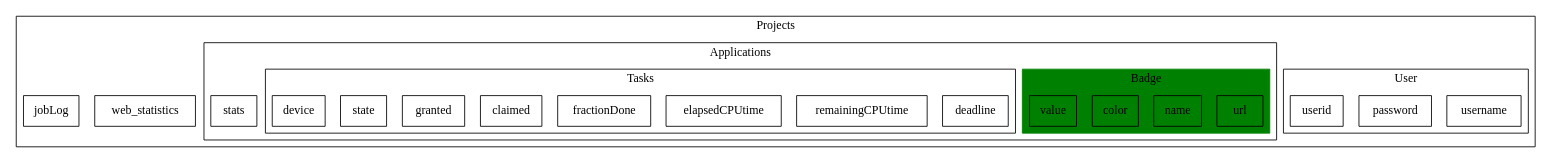
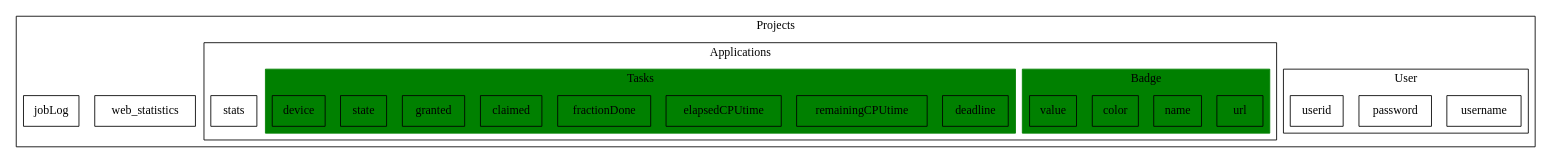
Before and after one commit to obtitus/py-boinc-plotter: the diagram in doc/objectStructure.dot, drawn with Graphviz. The commit also changed 3 other files, not shown here.

```diff
--- a/doc/objectStructure.dot
+++ b/doc/objectStructure.dot
@@ -1,33 +1,33 @@
 digraph G {
 	// 	Projects -> Applications -> Workunits;
 	node [shape=box];
 	subgraph cluster_p {label=Projects;
 		web_statistics;
 		jobLog;
 		subgraph cluster_u {label=User;
 			username;
 			password;
 			userid;
 		};			
 		subgraph cluster_a { label=Applications;
 			stats;
 			subgraph cluster_b {label=Badge; color=green; style=filled;
 				url;
 				name;
 				color;
 				value;
 			};
-			subgraph cluster_t {label=Tasks;
+			subgraph cluster_t {label=Tasks; color=green; style=filled;
 				name;
 				deadline;
 				remainingCPUtime;
 				elapsedCPUtime;
 				fractionDone;
 				claimed;
 				granted;
 				state;
 				device;
 			};
 		};
 	};
 }
```
